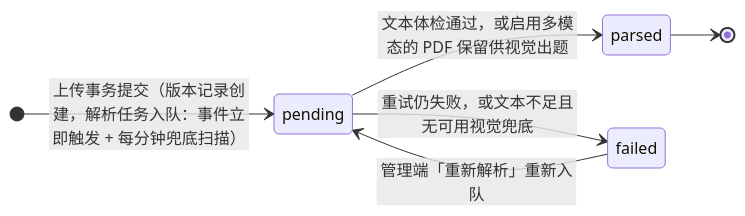
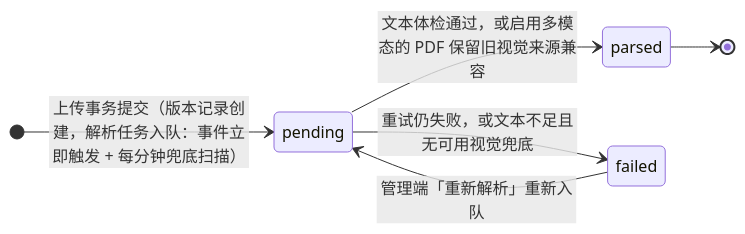
Diagram 13 of 21 in docs/design/06-关键流程.md (caoguanjie/emodor-exam), drawn with Mermaid before and after one commit. The commit also changed other lines of this file and 95 other files, not shown here.

````diff
--- a/docs/design/06-关键流程.md
+++ b/docs/design/06-关键流程.md
@@ -856,9 +730,9 @@
 ```mermaid
 stateDiagram-v2
     direction LR
     [*] --> pending : 上传事务提交（版本记录创建，解析任务入队：事件立即触发 + 每分钟兜底扫描）
-    pending --> parsed : 文本体检通过，或启用多模态的 PDF 保留供视觉出题
+    pending --> parsed : 文本体检通过，或启用多模态的 PDF 保留旧视觉来源兼容
     pending --> failed : 重试仍失败，或文本不足且无可用视觉兜底
     failed --> pending : 管理端「重新解析」重新入队
     parsed --> [*]
 ```
````
